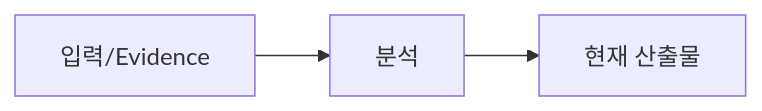
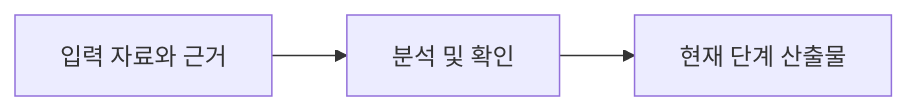
The diagram in sdlc/templates/core/requirement.md (Seunghyun0606/SDLC_DDD_SDD), drawn with Mermaid before and after one commit. The commit also changed other lines of this file, not shown here.

````diff
--- a/sdlc/templates/core/requirement.md
+++ b/sdlc/templates/core/requirement.md
@@ -25,4 +26,4 @@
 ```mermaid
 flowchart LR
-    I["입력/Evidence"] --> A["분석"] --> O["현재 산출물"]
+    I["입력 자료와 근거"] --> A["분석 및 확인"] --> O["현재 단계 산출물"]
 ```
````
